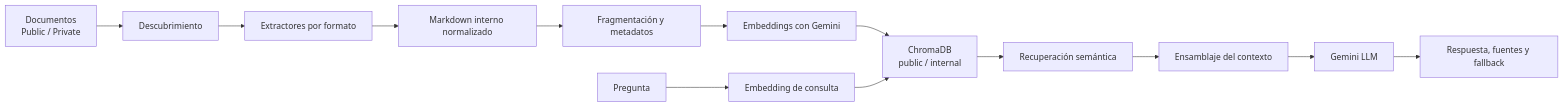
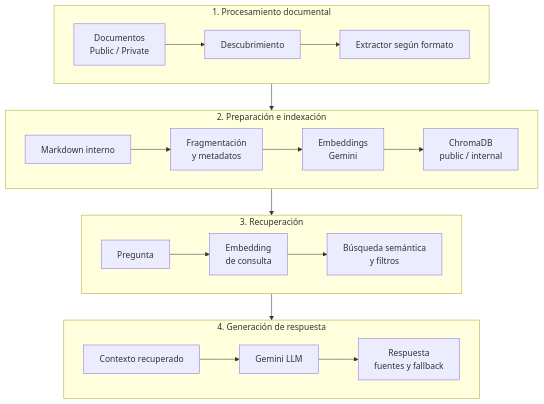
Before and after one commit to TaraPadilla/alianza-f1-knowledge-agent: the diagram in README.md, drawn with Mermaid. The commit also changed other lines of this file, not shown here.

````diff
--- a/README.md
+++ b/README.md
@@ -23,15 +23,31 @@
 ```mermaid
-flowchart LR
-    A["Documentos<br/>Public / Private"] --> B["Descubrimiento"]
-    B --> C["Extractores por formato"]
-    C --> D["Markdown interno normalizado"]
-    D --> E["Fragmentación y metadatos"]
-    E --> F["Embeddings con Gemini"]
-    F --> G["ChromaDB<br/>public / internal"]
-    H["Pregunta"] --> I["Embedding de consulta"]
-    I --> G
-    G --> J["Recuperación semántica"]
-    J --> K["Ensamblaje del contexto"]
-    K --> L["Gemini LLM"]
-    L --> M["Respuesta, fuentes y fallback"]
+flowchart TB
+    subgraph P["1. Procesamiento documental"]
+        direction LR
+        A["Documentos<br/>Public / Private"] --> B["Descubrimiento"]
+        B --> C["Extractor según formato"]
+    end
+
+    subgraph I["2. Preparación e indexación"]
+        direction LR
+        D["Markdown interno"] --> E["Fragmentación<br/>y metadatos"]
+        E --> F["Embeddings<br/>Gemini"]
+        F --> G["ChromaDB<br/>public / internal"]
+    end
+
+    subgraph R["3. Recuperación"]
+        direction LR
+        H["Pregunta"] --> J["Embedding<br/>de consulta"]
+        J --> K["Búsqueda semántica<br/>y filtros"]
+    end
+
+    subgraph Q["4. Generación de respuesta"]
+        direction LR
+        L["Contexto recuperado"] --> M["Gemini LLM"]
+        M --> N["Respuesta<br/>fuentes y fallback"]
+    end
+
+    C --> D
+    G --> K
+    K --> L
 ```
````
